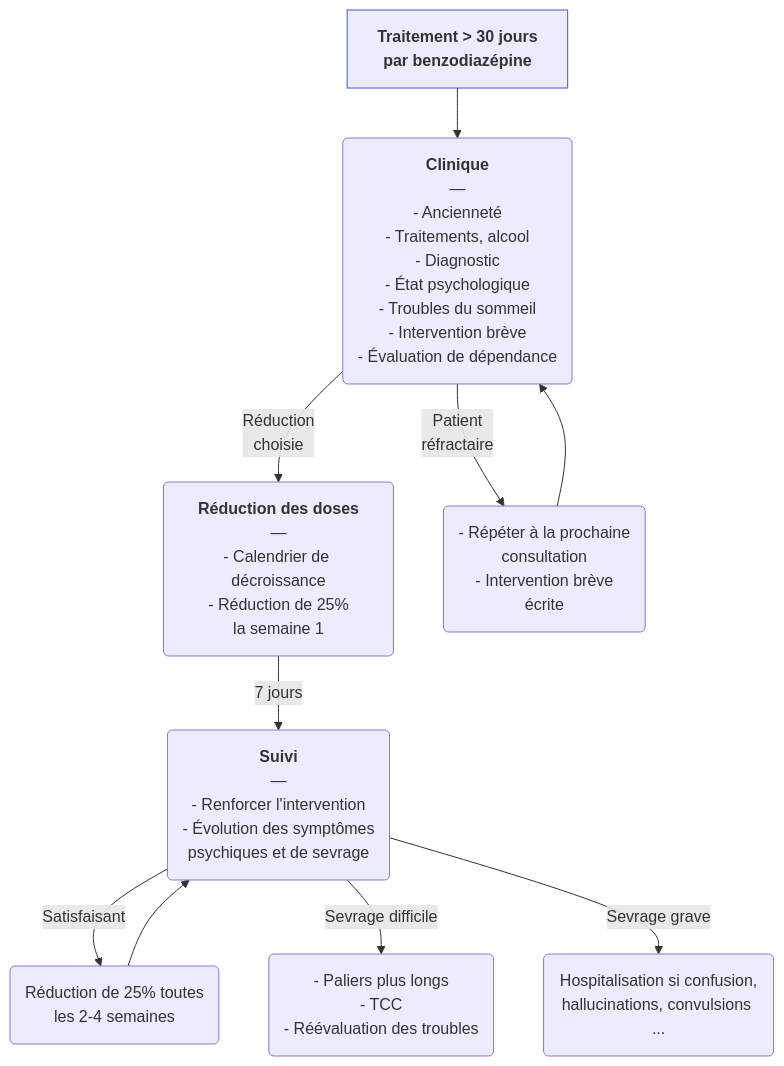
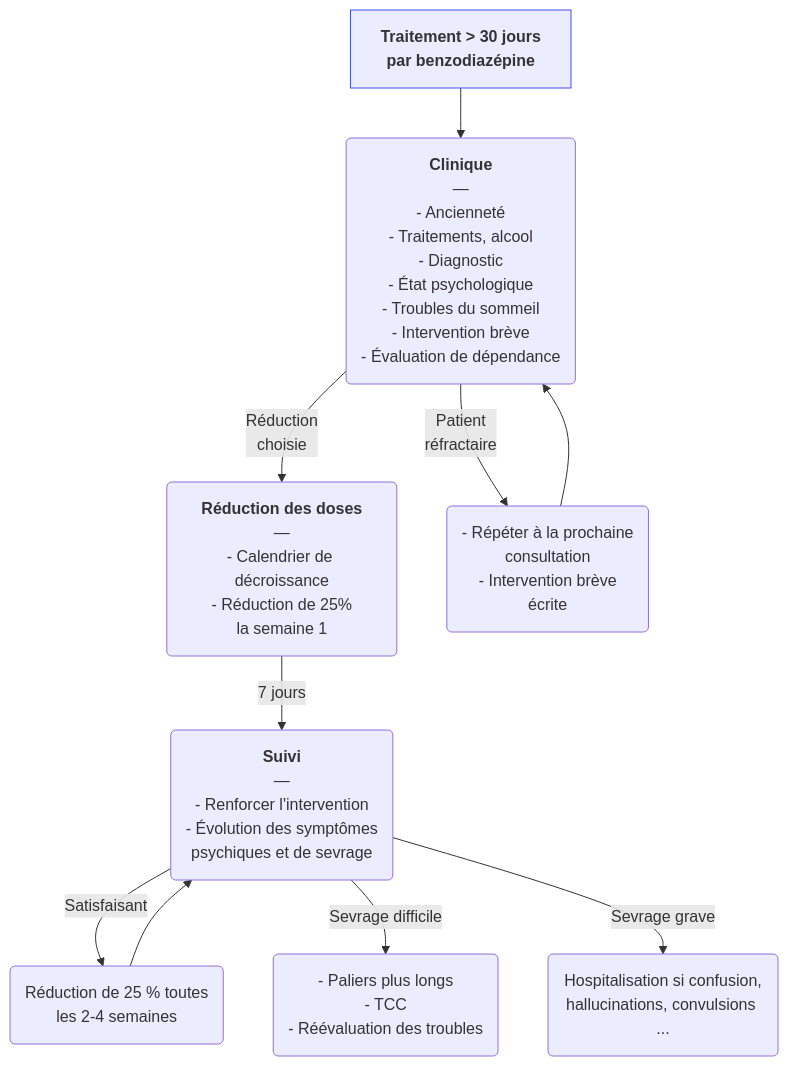
The diagram in content/recommandations/benzodiazepines.md (djibe/recommandations-medicales), drawn with Mermaid before and after one commit. The commit also changed other lines of this file and 163 other files, not shown here.

```diff
--- a/content/recommandations/benzodiazepines.md
+++ b/content/recommandations/benzodiazepines.md
@@ -233,8 +233,8 @@
 {{< mermaid title="Prise en charge du suivi et du sevrage des benzodiazépines par le médecin généraliste. Drs JB Fron et Alaedine Benani d'après HAS 2015" >}}
 graph TB
-  benzodiazépine["<b>Traitement &gt; 30 jours<br>par benzodiazépine</b>"] --> clinique("<b>Clinique</b><br>—<br>- Ancienneté<br>- Traitements, alcool<br>- Diagnostic<br>- État psychologique<br>- Troubles du sommeil<br>- Intervention brève<br>- Évaluation de dépendance") -- "Réduction<br>choisie" --> sevrage("<b>Réduction des doses</b><br>—<br>- Calendrier de décroissance<br>- Réduction de 25%<br>la semaine 1") -- 7 jours --> suivi("<b>Suivi</b><br>—<br>- Renforcer l'intervention<br>- Évolution des symptômes<br>psychiques et de sevrage") -- Satisfaisant --> poursuite("Réduction de 25% toutes<br>les 2-4 semaines") --> suivi
+  benzodiazépine["<b>Traitement &gt; 30 jours<br>par benzodiazépine</b>"] --> clinique("<b>Clinique</b><br>—<br>- Ancienneté<br>- Traitements, alcool<br>- Diagnostic<br>- État psychologique<br>- Troubles du sommeil<br>- Intervention brève<br>- Évaluation de dépendance") -- "Réduction<br>choisie" --> sevrage("<b>Réduction des doses</b><br>—<br>- Calendrier de décroissance<br>- Réduction de 25%<br>la semaine 1") -- 7 jours --> suivi("<b>Suivi</b><br>—<br>- Renforcer l'intervention<br>- Évolution des symptômes<br>psychiques et de sevrage") -- Satisfaisant --> poursuite("Réduction de 25 % toutes<br>les 2-4 semaines") --> suivi
     suivi -- Sevrage difficile --> palier("- Paliers plus longs<br>- TCC<br>- Réévaluation des troubles")
     suivi -- Sevrage grave --> hospitalisation("Hospitalisation si confusion,<br>hallucinations, convulsions ...")
     clinique -- "Patient<br>réfractaire" --> consultation("- Répéter à la prochaine<br>consultation<br>- Intervention brève<br>écrite") --> clinique
   style benzodiazépine stroke:#4150f5, stroke-width:1px
 {{< /mermaid >}}
```
